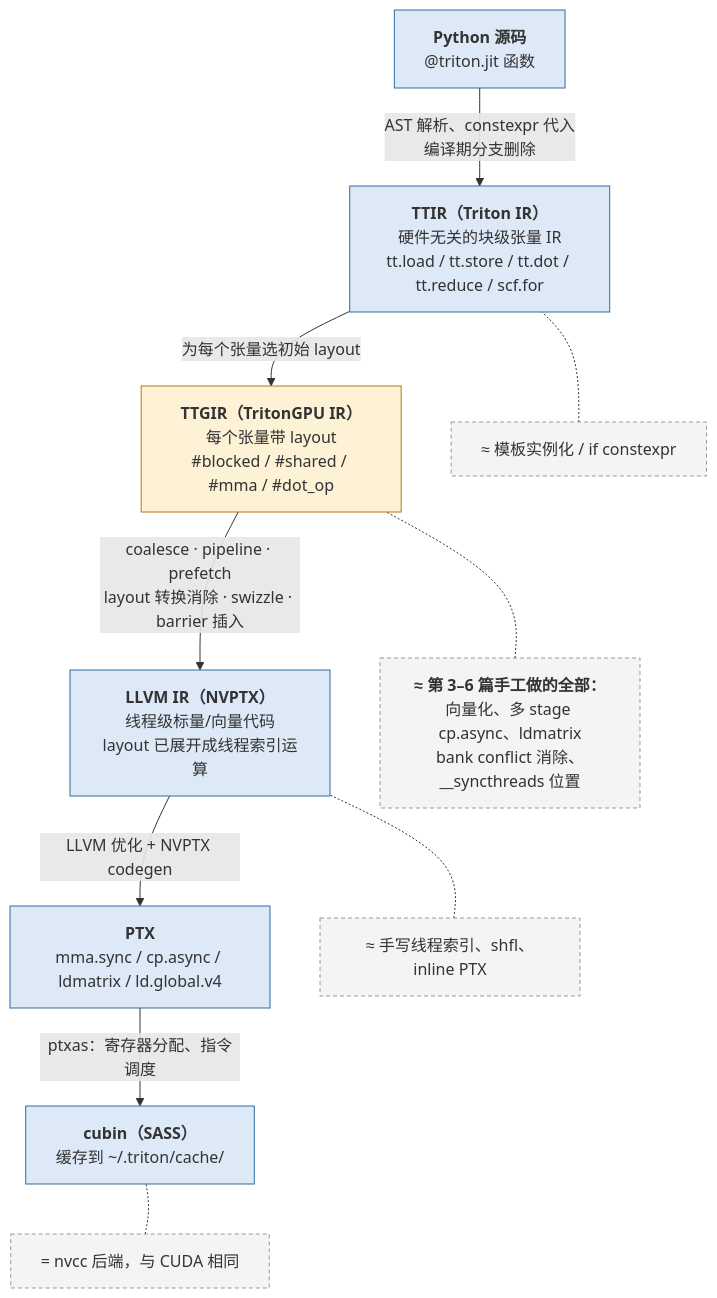
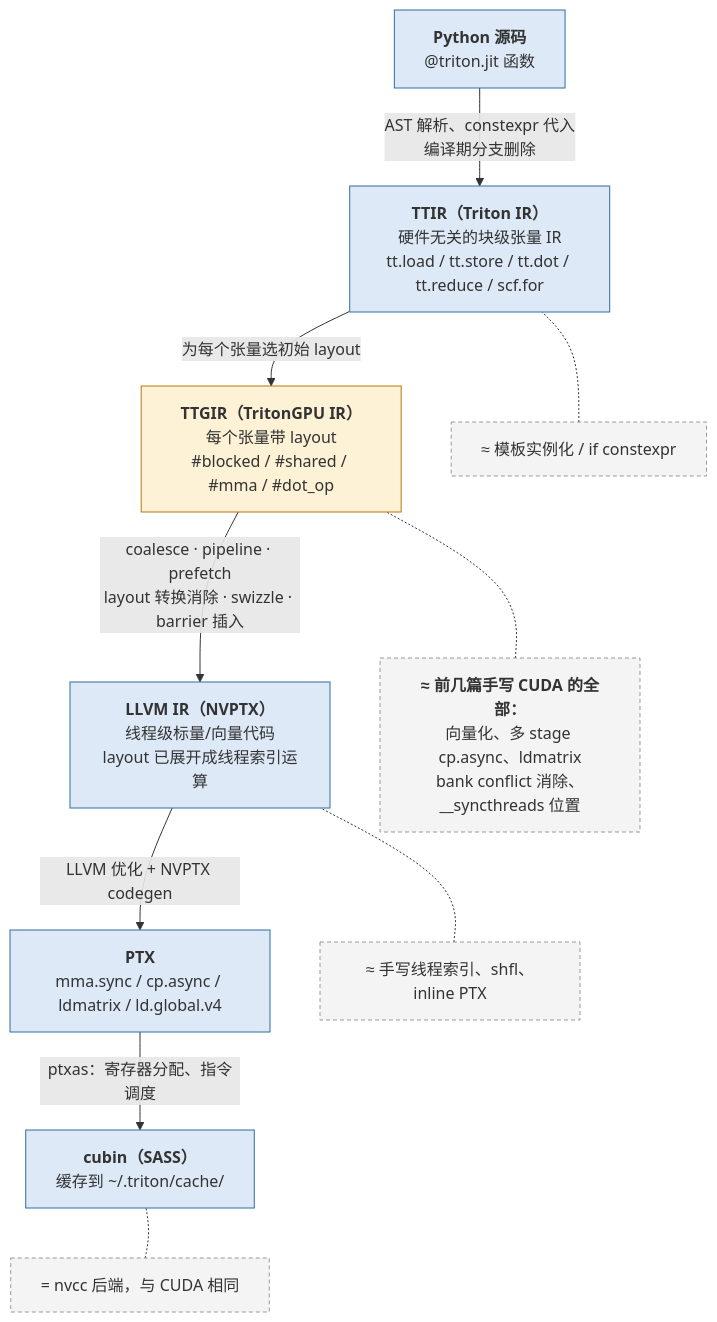
One commit to arganzheng/arganzheng.github.com changed the third of 5 diagrams in _posts/2026-05-17-triton-block-level-programming.md. Above: the diagram before and after it, drawn with Mermaid. The commit also changed other lines of this file, not shown here.

First line of the commit message:
GPU Kernel 工程（07）：新增总览图与对象表，改正 do_bench 的统计量（对 Triton v3.7.0 源码核实）

````diff
--- a/_posts/2026-05-17-triton-block-level-programming.md
+++ b/_posts/2026-05-17-triton-block-level-programming.md
@@ -464,36 +536,36 @@
 ```mermaid
 %% 图：Triton 编译流水线的六层：Python 源码 → TTIR → TTGIR → LLVM IR → PTX → cubin
 flowchart TB
     py["<b>Python 源码</b><br/>@triton.jit 函数"]
     ttir["<b>TTIR（Triton IR）</b><br/>硬件无关的块级张量 IR<br/>tt.load / tt.store / tt.dot / tt.reduce / scf.for"]
     ttgir["<b>TTGIR（TritonGPU IR）</b><br/>每个张量带 layout<br/>#blocked / #shared / #mma / #dot_op"]
     llir["<b>LLVM IR（NVPTX）</b><br/>线程级标量/向量代码<br/>layout 已展开成线程索引运算"]
     ptx["<b>PTX</b><br/>mma.sync / cp.async / ldmatrix / ld.global.v4"]
     cubin["<b>cubin（SASS）</b><br/>缓存到 ~/.triton/cache/"]
 
     py -- "AST 解析、constexpr 代入<br/>编译期分支删除" --> ttir
     ttir -- "为每个张量选初始 layout" --> ttgir
     ttgir -- "coalesce · pipeline · prefetch<br/>layout 转换消除 · swizzle · barrier 插入" --> llir
     llir -- "LLVM 优化 + NVPTX codegen" --> ptx
     ptx -- "ptxas：寄存器分配、指令调度" --> cubin
 
     m1["≈ 模板实例化 / if constexpr"]
-    m2["<b>≈ 第 3–6 篇手工做的全部：</b><br/>向量化、多 stage cp.async、ldmatrix<br/>bank conflict 消除、__syncthreads 位置"]
+    m2["<b>≈ 前几篇手写 CUDA 的全部：</b><br/>向量化、多 stage cp.async、ldmatrix<br/>bank conflict 消除、__syncthreads 位置"]
     m3["≈ 手写线程索引、shfl、inline PTX"]
     m4["= nvcc 后端，与 CUDA 相同"]
     ttir ~~~ m1
     ttgir ~~~ m2
     llir ~~~ m3
     cubin ~~~ m4
     m1 -.- ttir
     m2 -.- ttgir
     m3 -.- llir
     m4 -.- cubin
 
     classDef ir fill:#dde9f7,stroke:#2e6da4
     classDef hot fill:#fdf1d6,stroke:#b9770e
     classDef note fill:#f4f4f4,stroke:#999,stroke-dasharray: 4 3
     class py,ttir,llir,ptx,cubin ir
     class ttgir hot
     class m1,m2,m3,m4 note
 ```
````
